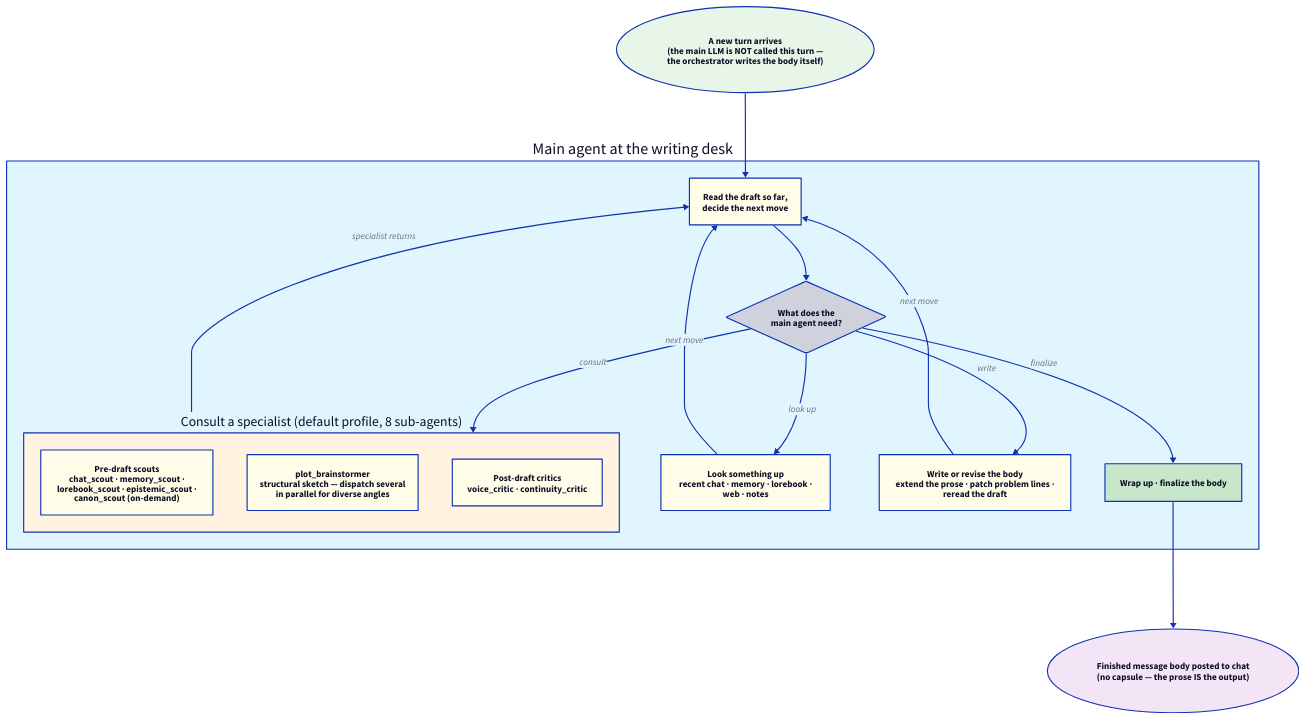
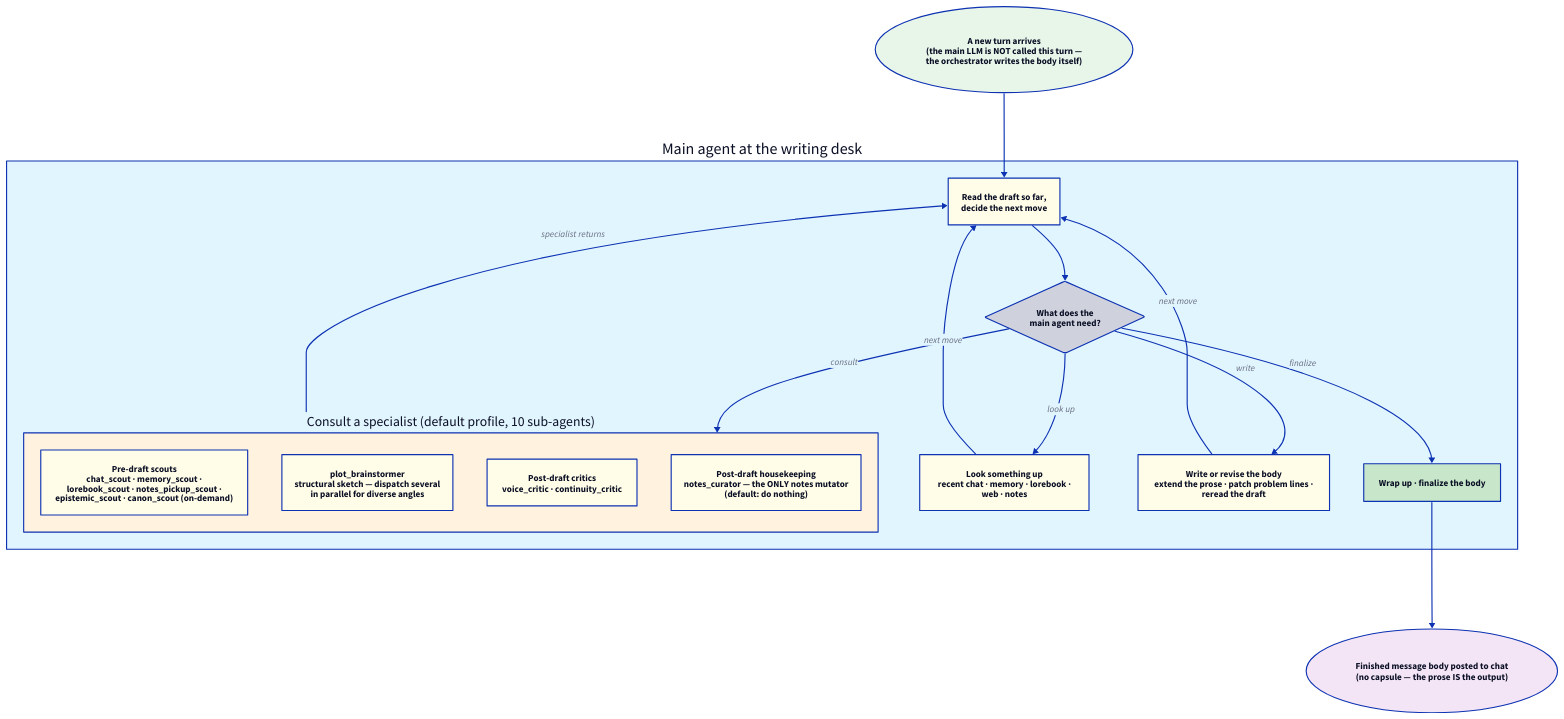
One commit to funnycups/Luker changed the diagram in docs/features/orchestrator/director.md. Above: the diagram before and after it, drawn with D2. The commit also changed other lines of this file and 37 other files, not shown here.

````diff
--- a/docs/features/orchestrator/director.md
+++ b/docs/features/orchestrator/director.md
@@ -66,62 +66,65 @@
 ```d2
 direction: down
 
 start: "A new turn arrives\n(the main LLM is NOT called this turn —\nthe orchestrator writes the body itself)" {
   shape: oval
   style.fill: "#e8f5e9"
 }
 
 loop: "Main agent at the writing desk" {
   style.fill: "#e1f5ff"
 
   think: "Read the draft so far,\ndecide the next move" {
     style.fill: "#fffde7"
   }
 
   decide: "What does the\nmain agent need?" {
     shape: diamond
   }
 
-  consult: "Consult a specialist (default profile, 8 sub-agents)" {
+  consult: "Consult a specialist (default profile, 10 sub-agents)" {
     style.fill: "#fff3e0"
-    pre: "Pre-draft scouts\nchat_scout · memory_scout ·\nlorebook_scout · epistemic_scout ·\ncanon_scout (on-demand)" {
+    pre: "Pre-draft scouts\nchat_scout · memory_scout ·\nlorebook_scout · notes_pickup_scout ·\nepistemic_scout · canon_scout (on-demand)" {
       style.fill: "#fffde7"
     }
     mid: "plot_brainstormer\nstructural sketch — dispatch several\nin parallel for diverse angles" {
       style.fill: "#fffde7"
     }
     post: "Post-draft critics\nvoice_critic · continuity_critic" {
+      style.fill: "#fffde7"
+    }
+    housekeeping: "Post-draft housekeeping\nnotes_curator — the ONLY notes mutator\n(default: do nothing)" {
       style.fill: "#fffde7"
     }
   }
 
   research: "Look something up\nrecent chat · memory · lorebook ·\nweb · notes" {
     style.fill: "#fffde7"
   }
 
   write: "Write or revise the body\nextend the prose · patch problem lines ·\nreread the draft" {
     style.fill: "#fffde7"
   }
 
   finalize: "Wrap up · finalize the body" {
     style.fill: "#c8e6c9"
   }
 
   think -> decide
   decide -> consult: "consult"
   decide -> research: "look up"
   decide -> write: "write"
   decide -> finalize: "finalize"
   consult -> think: "specialist returns"
   research -> think: "next move"
   write -> think: "next move"
 }
 
 out: "Finished message body posted to chat\n(no capsule — the prose IS the output)" {
   shape: oval
   style.fill: "#f3e5f5"
 }
 
 start -> loop.think
 loop.finalize -> out
 ```
````
